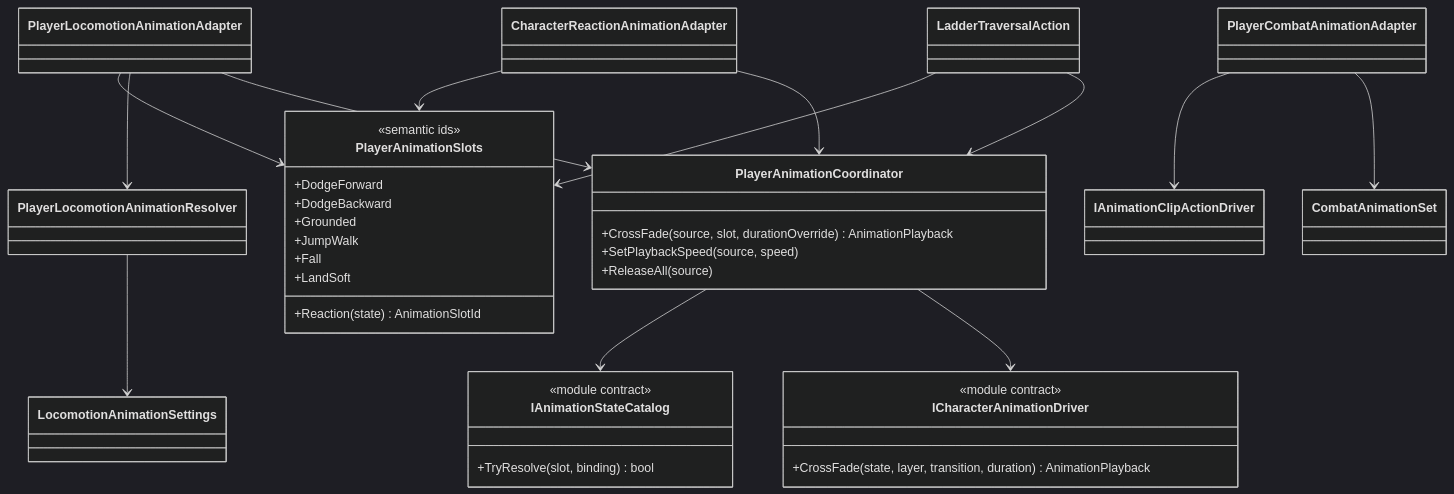
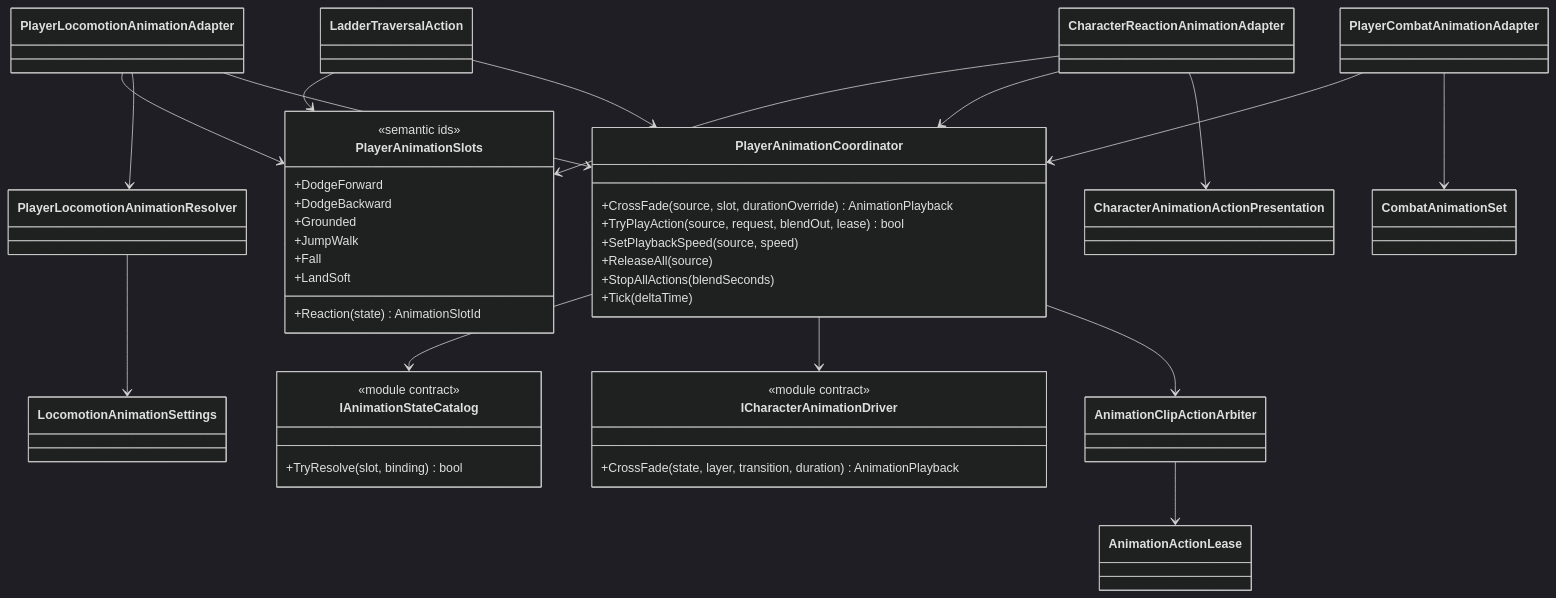
The diagram in Assets/_App/Core/Runtime/Character/AnimationController/README.md (MaximFonariuc/project-s), drawn with Mermaid (dark theme) before and after one commit. The commit also changed other lines of this file and 17 other files, not shown here.

Commit message:
refactor: arbitrate character animation actions

````diff
--- a/Assets/_App/Core/Runtime/Character/AnimationController/README.md
+++ b/Assets/_App/Core/Runtime/Character/AnimationController/README.md
@@ -8,47 +8,55 @@
 ```mermaid
 classDiagram
     class PlayerAnimationSlots {
         <<semantic ids>>
         +DodgeForward
         +DodgeBackward
         +Grounded
         +JumpWalk
         +Fall
         +LandSoft
         +Reaction(state) AnimationSlotId
     }
     class PlayerAnimationCoordinator {
         +CrossFade(source, slot, durationOverride) AnimationPlayback
+        +TryPlayAction(source, request, blendOut, lease) bool
         +SetPlaybackSpeed(source, speed)
         +ReleaseAll(source)
+        +StopAllActions(blendSeconds)
+        +Tick(deltaTime)
     }
     class IAnimationStateCatalog {
         <<module contract>>
         +TryResolve(slot, binding) bool
     }
     class ICharacterAnimationDriver {
         <<module contract>>
         +CrossFade(state, layer, transition, duration) AnimationPlayback
     }
     class PlayerLocomotionAnimationAdapter
     class PlayerLocomotionAnimationResolver
     class LocomotionAnimationSettings
     class PlayerCombatAnimationAdapter
-    class IAnimationClipActionDriver
+    class AnimationClipActionArbiter
+    class AnimationActionLease
+    class CharacterAnimationActionPresentation
     class CombatAnimationSet
     class CharacterReactionAnimationAdapter
     class LadderTraversalAction
 
     PlayerLocomotionAnimationAdapter --> PlayerAnimationSlots
     PlayerLocomotionAnimationAdapter --> PlayerLocomotionAnimationResolver
     PlayerLocomotionAnimationResolver --> LocomotionAnimationSettings
-    PlayerCombatAnimationAdapter --> IAnimationClipActionDriver
+    PlayerCombatAnimationAdapter --> PlayerAnimationCoordinator
     PlayerCombatAnimationAdapter --> CombatAnimationSet
     CharacterReactionAnimationAdapter --> PlayerAnimationSlots
     LadderTraversalAction --> PlayerAnimationSlots
     PlayerLocomotionAnimationAdapter --> PlayerAnimationCoordinator
     CharacterReactionAnimationAdapter --> PlayerAnimationCoordinator
+    CharacterReactionAnimationAdapter --> CharacterAnimationActionPresentation
     LadderTraversalAction --> PlayerAnimationCoordinator
     PlayerAnimationCoordinator --> IAnimationStateCatalog
     PlayerAnimationCoordinator --> ICharacterAnimationDriver
+    PlayerAnimationCoordinator --> AnimationClipActionArbiter
+    AnimationClipActionArbiter --> AnimationActionLease
 ```
````
